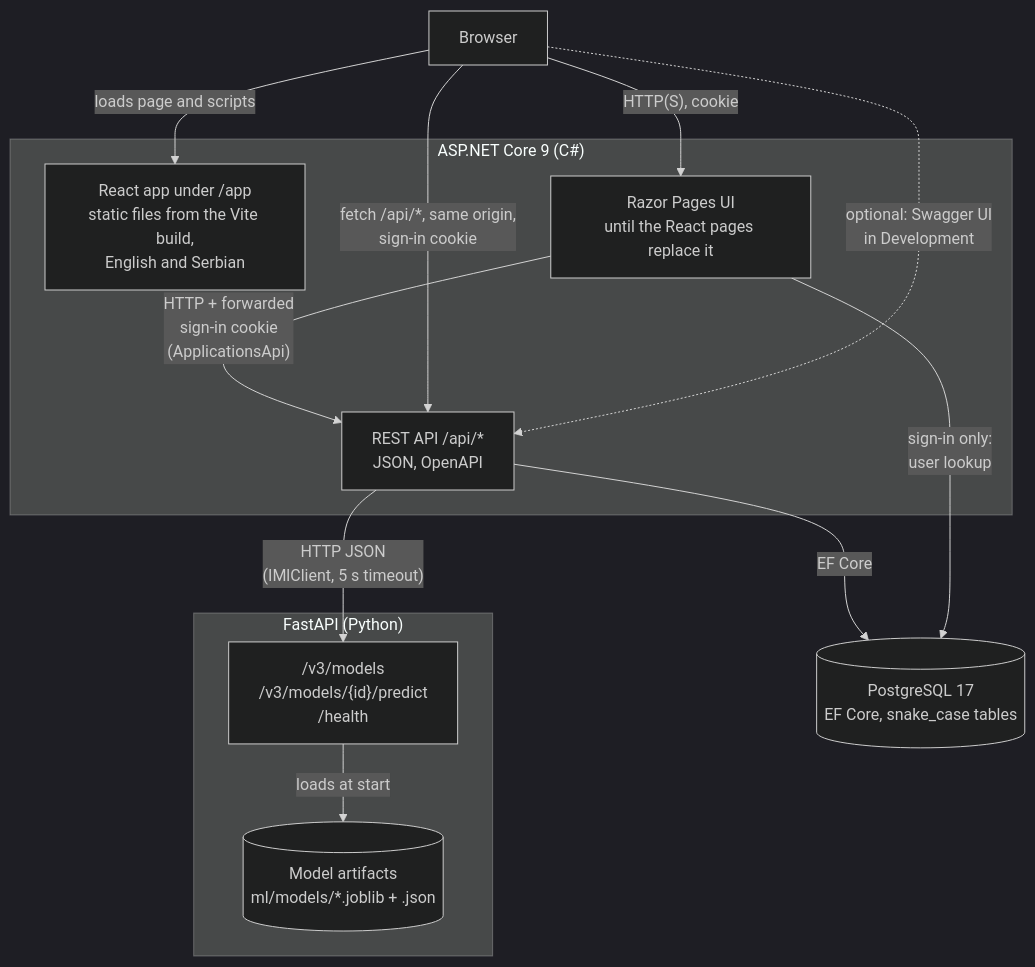
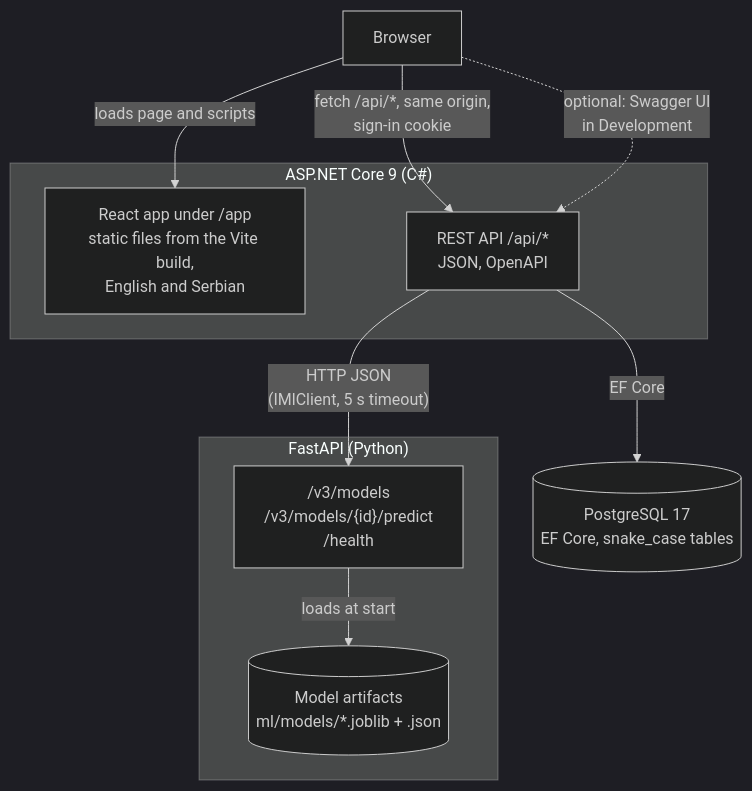
One commit to dejan3dejan/credit-scoring-dss changed the first of 2 diagrams in architecture/02-containers.md. Above: the diagram before and after it, drawn with Mermaid (dark theme). The commit also changed other lines of this file and 19 other files, not shown here.

Commit message:
Show the system without the Razor pages in the diagrams and add the anonymisation flow images

````diff
--- a/architecture/02-containers.md
+++ b/architecture/02-containers.md
@@ -7,27 +7,23 @@
 ```mermaid
 flowchart TB
     browser["Browser"]
 
     subgraph web["ASP.NET Core 9 (C#)"]
         spa["React app under /app<br/>static files from the Vite build,<br/>English and Serbian"]
-        pages["Razor Pages UI<br/>until the React pages replace it"]
         api["REST API /api/*<br/>JSON, OpenAPI"]
-        pages -- "HTTP + forwarded<br/>sign-in cookie<br/>(ApplicationsApi)" --> api
     end
 
     db[("PostgreSQL 17<br/>EF Core, snake_case tables")]
 
     subgraph inference["FastAPI (Python)"]
         fastapi["/v3/models<br/>/v3/models/{id}/predict<br/>/health"]
         artifacts[("Model artifacts<br/>ml/models/*.joblib + .json")]
         fastapi -- "loads at start" --> artifacts
     end
 
     browser -- "loads page and scripts" --> spa
     browser -- "fetch /api/*, same origin,<br/>sign-in cookie" --> api
-    browser -- "HTTP(S), cookie" --> pages
     browser -. "optional: Swagger UI<br/>in Development" .-> api
     api -- "EF Core" --> db
-    pages -- "sign-in only:<br/>user lookup" --> db
     api -- "HTTP JSON<br/>(IMlClient, 5 s timeout)" --> fastapi
 ```
````
